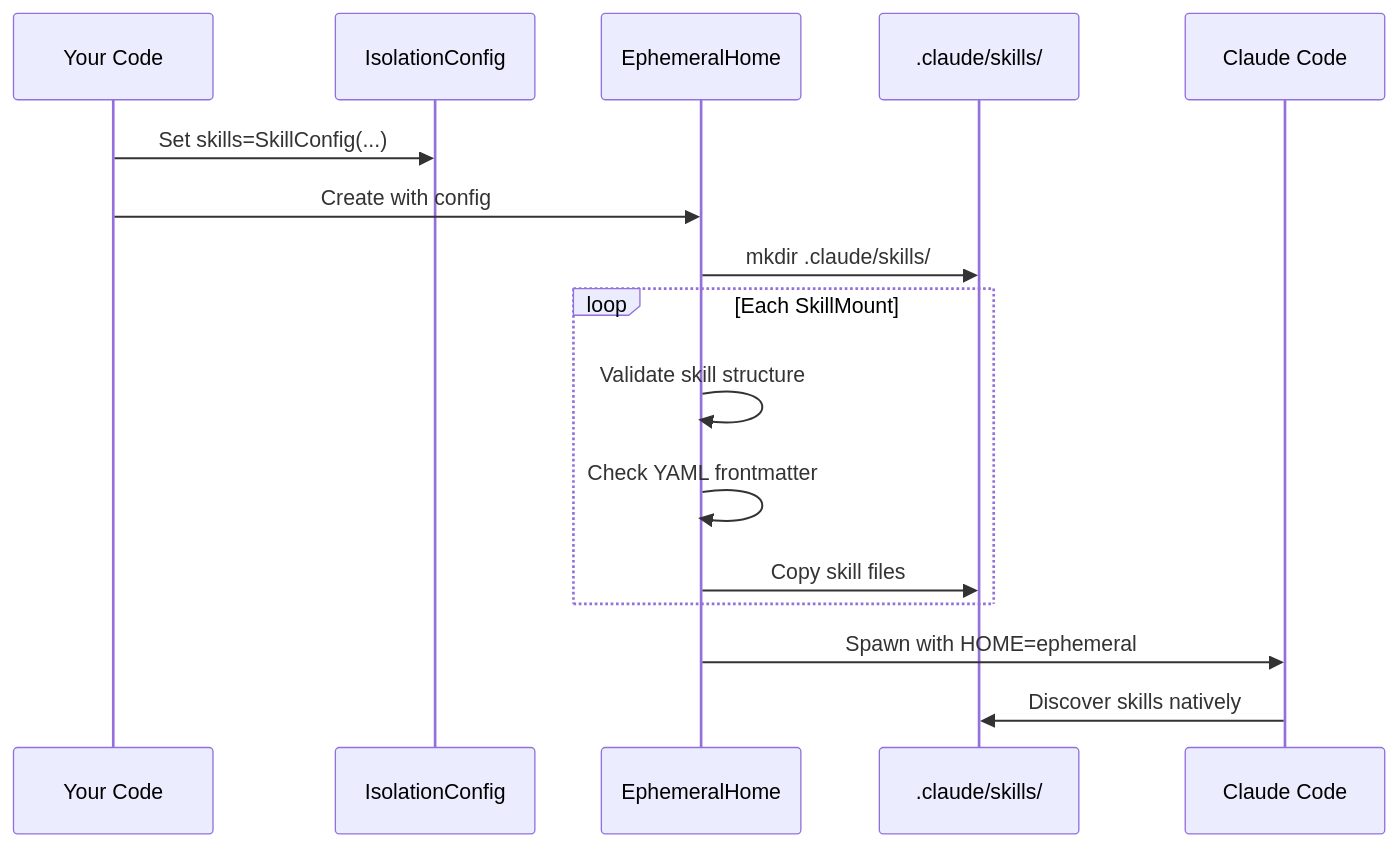
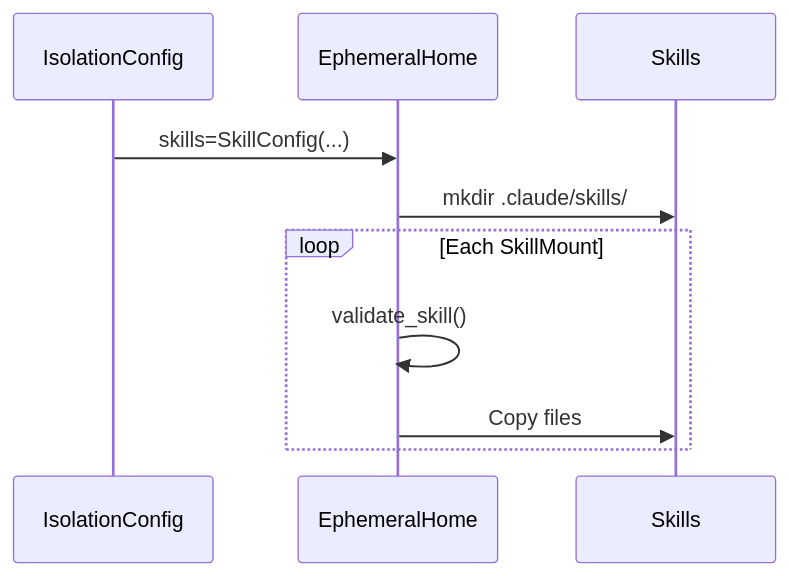
The diagram in specs/SKILLS.md (weakincentives/weakincentives), drawn with Mermaid before and after one commit. The commit also changed other lines of this file and 34 other files, not shown here.

````diff
--- a/specs/SKILLS.md
+++ b/specs/SKILLS.md
@@ -201,19 +62,9 @@
 ```mermaid
 sequenceDiagram
-    participant User as Your Code
-    participant Config as IsolationConfig
-    participant Home as EphemeralHome
-    participant Skills as .claude/skills/
-    participant SDK as Claude Code
-
-    User->>Config: Set skills=SkillConfig(...)
-    User->>Home: Create with config
-    Home->>Skills: mkdir .claude/skills/
+    IsolationConfig->>EphemeralHome: skills=SkillConfig(...)
+    EphemeralHome->>Skills: mkdir .claude/skills/
     loop Each SkillMount
-        Home->>Home: Validate skill structure
-        Home->>Home: Check YAML frontmatter
-        Home->>Skills: Copy skill files
+        EphemeralHome->>EphemeralHome: validate_skill()
+        EphemeralHome->>Skills: Copy files
     end
-    Home->>SDK: Spawn with HOME=ephemeral
-    SDK->>Skills: Discover skills natively
 ```
````
